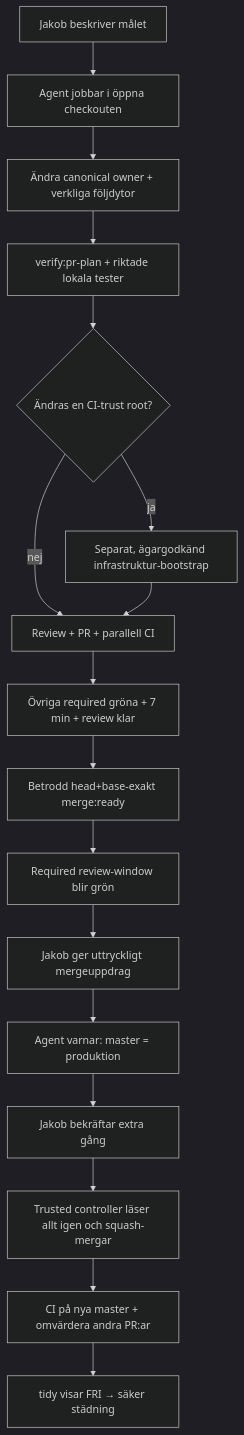
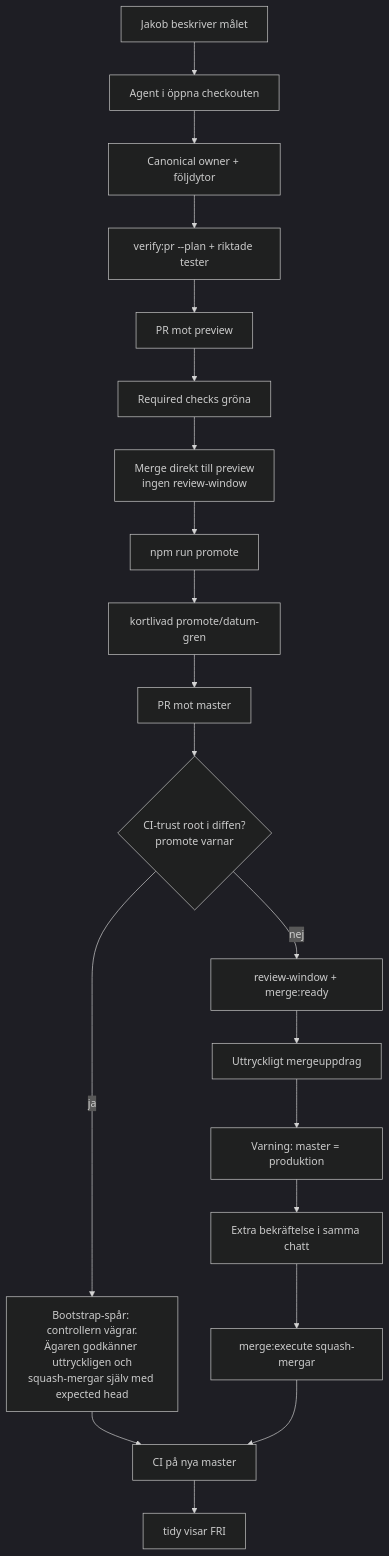
The diagram in docs/runbooks/agent-workflow.md (Jakeminator123/sajtmaskin), drawn with Mermaid (dark theme) before and after one commit. The commit also changed other lines of this file and 5 other files, not shown here.

First line of the commit message:
docs: tvåstegsflödet preview → promote → master, tre beslut och en repro-rad (#1304)

````diff
--- a/docs/runbooks/agent-workflow.md
+++ b/docs/runbooks/agent-workflow.md
@@ -7,19 +15,22 @@
 ```mermaid
 flowchart TD
-  U["Jakob beskriver målet"] --> A["Agent jobbar i öppna checkouten"]
-  A --> B["Ändra canonical owner + verkliga följdytor"]
-  B --> C["verify:pr-plan + riktade lokala tester"]
-  C --> W{"Ändras en CI-trust root?"}
-  W -- "nej" --> D["Review + PR + parallell CI"]
-  W -- "ja" --> X["Separat, ägargodkänd infrastruktur-bootstrap"]
-  X --> D
-  D --> E["Övriga required gröna + 7 min + review klar"]
-  E --> F["Betrodd head+base-exakt merge:ready"]
-  F --> G["Required review-window blir grön"]
-  G --> H["Jakob ger uttryckligt mergeuppdrag"]
-  H --> H2["Agent varnar: master = produktion"]
-  H2 --> H3["Jakob bekräftar extra gång"]
-  H3 --> I["Trusted controller läser allt igen och squash-mergar"]
-  I --> K["CI på nya master + omvärdera andra PR:ar"]
-  K --> J["tidy visar FRI → säker städning"]
+  U["Jakob beskriver målet"] --> A["Agent i öppna checkouten"]
+  A --> B["Canonical owner + följdytor"]
+  B --> C["verify:pr --plan + riktade tester"]
+  C --> P["PR mot preview"]
+  P --> Q["Required checks gröna"]
+  Q --> M["Merge direkt till preview<br/>ingen review-window"]
+  M --> R["npm run promote"]
+  R --> S["kortlivad promote/datum-gren"]
+  S --> T["PR mot master"]
+  T --> W{"CI-trust root i diffen?<br/>promote varnar"}
+  W -- "nej" --> D["review-window + merge:ready"]
+  D --> H["Uttryckligt mergeuppdrag"]
+  H --> H2["Varning: master = produktion"]
+  H2 --> H3["Extra bekräftelse i samma chatt"]
+  H3 --> I["merge:execute squash-mergar"]
+  W -- "ja" --> X["Bootstrap-spår: controllern vägrar.<br/>Ägaren godkänner uttryckligen och<br/>squash-mergar själv med expected head"]
+  X --> K
+  I --> K["CI på nya master"]
+  K --> J["tidy visar FRI"]
 ```
````
